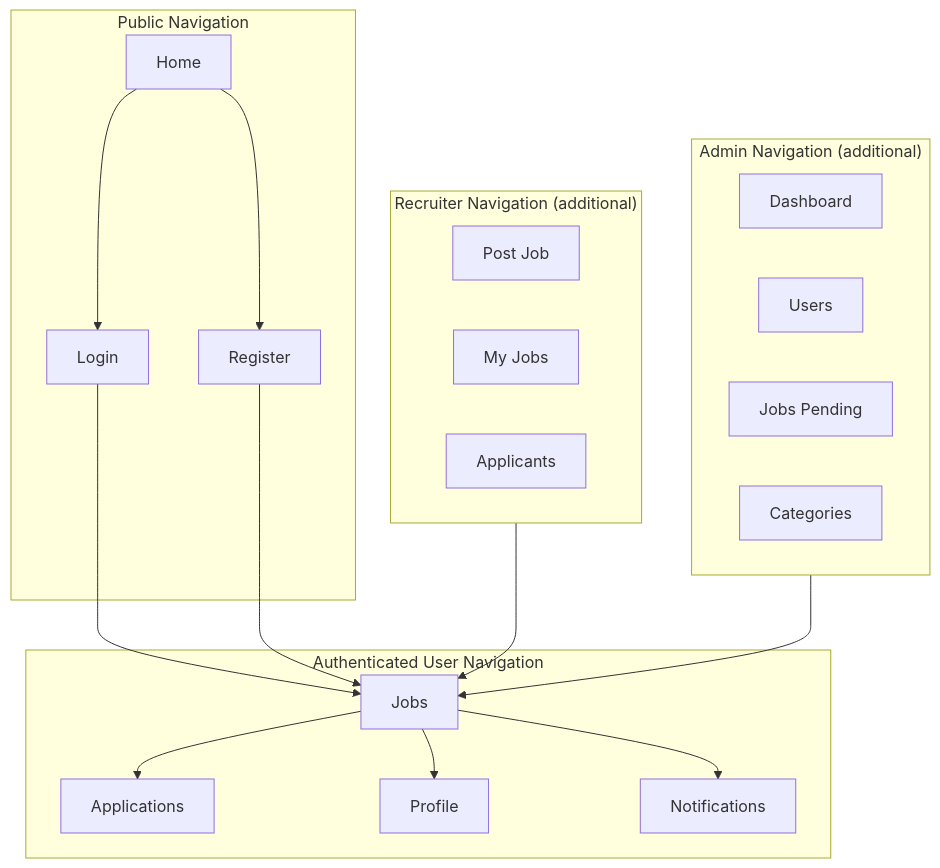
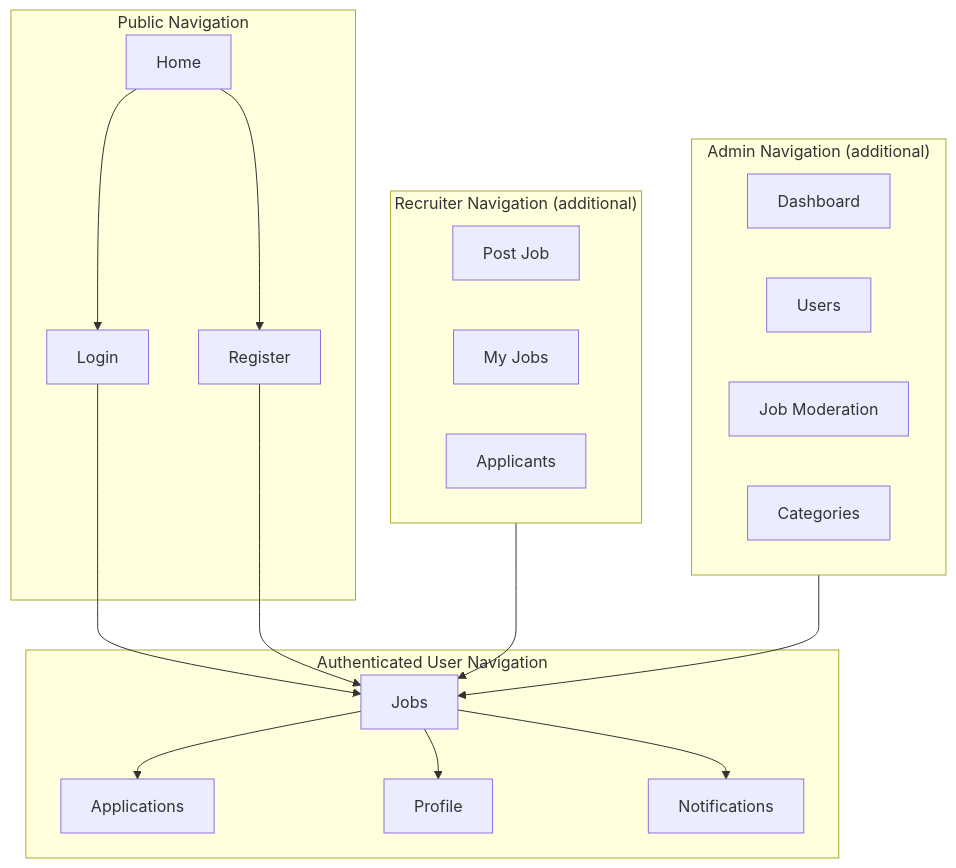
Before and after one commit to dut-pbl6-2026/job-platform-docs: the second of 3 diagrams in docs/srs/en/7-eir.md, drawn with Mermaid. The commit also changed other lines of this file and 26 other files, not shown here.

First line of the commit message:
docs(srs): publish jobs instantly and document moderation

````diff
--- a/docs/srs/en/7-eir.md
+++ b/docs/srs/en/7-eir.md
@@ -68,40 +68,40 @@
 ```mermaid
 flowchart TB
     subgraph Public["Public Navigation"]
         Home["Home"]
         Login["Login"]
         Register["Register"]
     end
 
     subgraph User["Authenticated User Navigation"]
         Jobs["Jobs"]
         Applications["Applications"]
         Profile["Profile"]
         Notifications["Notifications"]
     end
 
     subgraph Recruiter["Recruiter Navigation (additional)"]
         PostJob["Post Job"]
         MyJobs["My Jobs"]
         Applicants["Applicants"]
     end
 
     subgraph Admin["Admin Navigation (additional)"]
         AdminDash["Dashboard"]
         AdminUsers["Users"]
-        AdminJobs["Jobs Pending"]
+        AdminJobs["Job Moderation"]
         AdminCategories["Categories"]
     end
 
     Home --> Login
     Home --> Register
     Login --> Jobs
     Register --> Jobs
 
     Jobs --> Applications
     Jobs --> Profile
     Jobs --> Notifications
 
     Recruiter --> Jobs
     Admin --> Jobs
 ```
````
